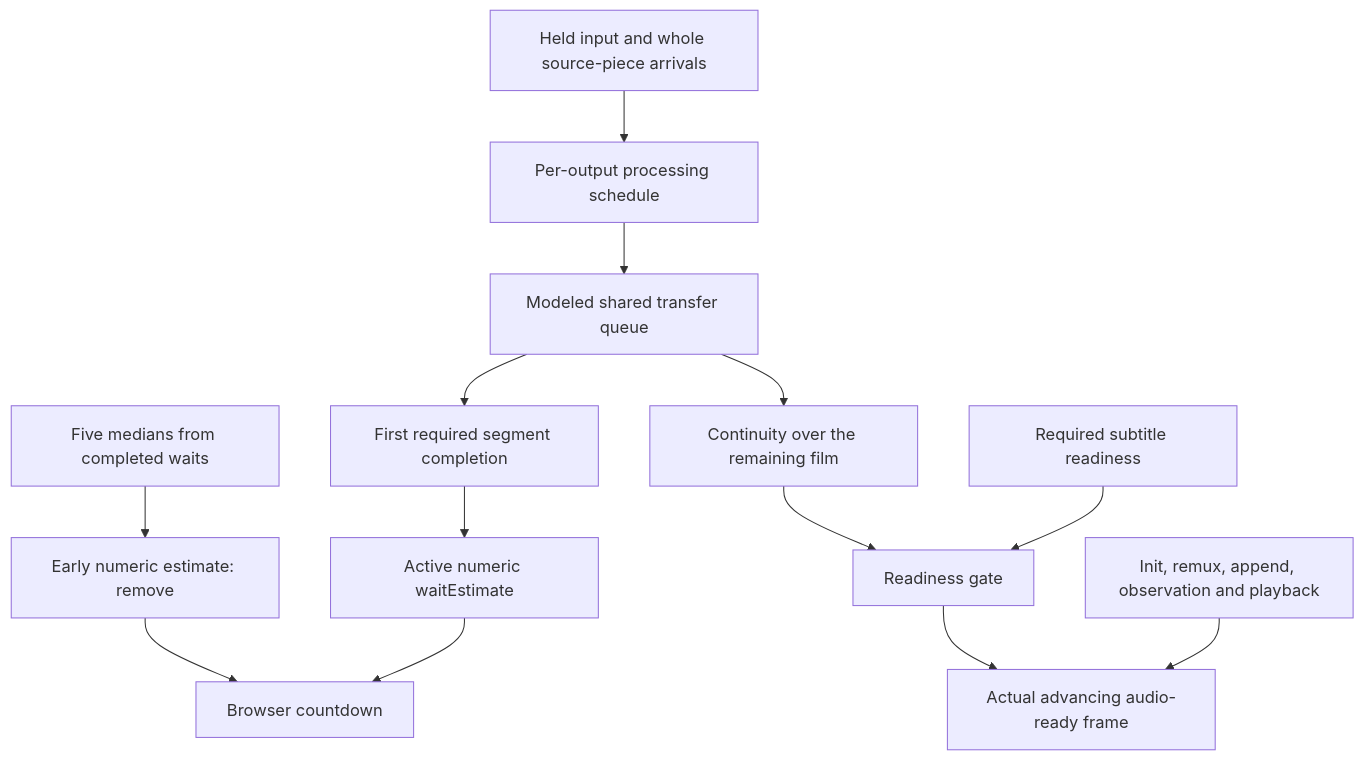
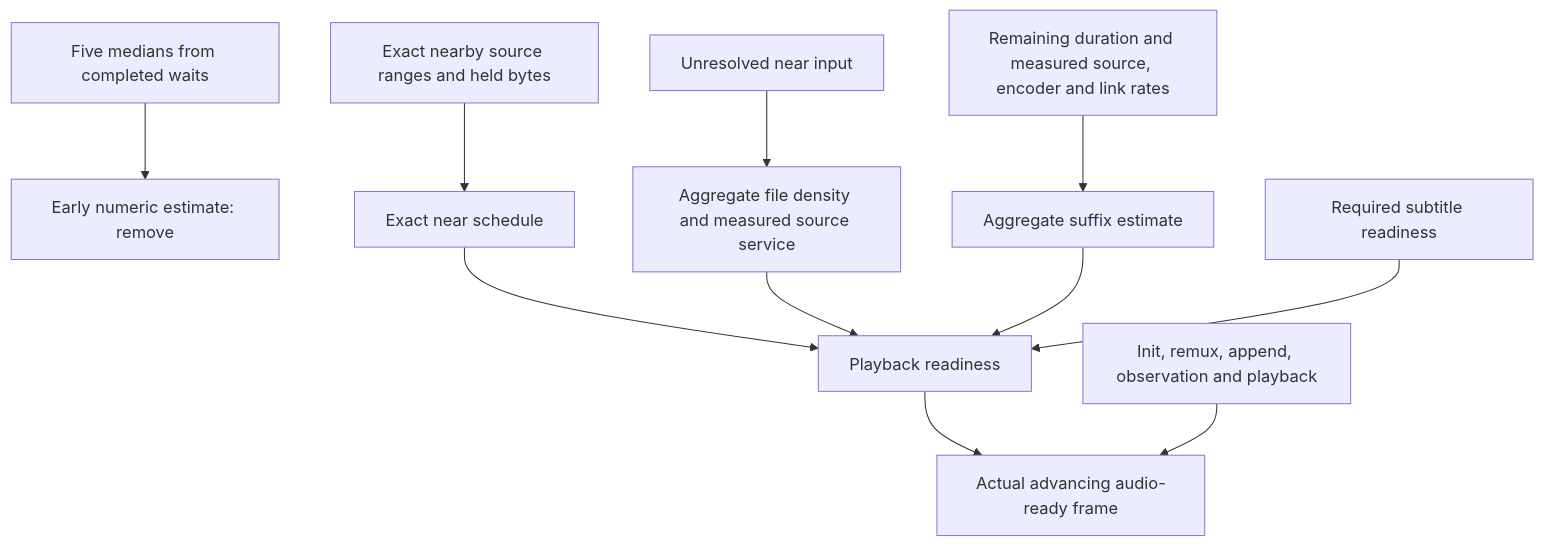
Before and after one commit to torrent-tv/proxy: the diagram in docs/playback-start-forecast.md, drawn with Mermaid. The commit also changed other lines of this file and 5 other files, not shown here.

Commit message:
fix(viewer): estimate unresolved source work #ttv-245

````diff
--- a/docs/playback-start-forecast.md
+++ b/docs/playback-start-forecast.md
@@ -39,15 +32,13 @@
 ```mermaid
 flowchart TD
   History["Five medians from completed waits"] --> Early["Early numeric estimate: remove"]
-  Input["Held input and whole source-piece arrivals"] --> Processing["Per-output processing schedule"]
-  Processing --> Delivery["Modeled shared transfer queue"]
-  Delivery --> First["First required segment completion"]
-  First --> Active["Active numeric waitEstimate"]
-  Early --> Display["Browser countdown"]
-  Active --> Display
-  Delivery --> Continuity["Continuity over the remaining film"]
-  Continuity --> Gate["Readiness gate"]
+  Input["Exact nearby source ranges and held bytes"] --> Near["Exact near schedule"]
+  Missing["Unresolved near input"] --> Estimate["Aggregate file density and measured source service"]
+  Near --> Gate["Playback readiness"]
+  Estimate --> Gate
+  Aggregate["Remaining duration and measured source, encoder and link rates"] --> Suffix["Aggregate suffix estimate"]
+  Suffix --> Gate
   Subtitle["Required subtitle readiness"] --> Gate
   Gate --> Frame["Actual advancing audio-ready frame"]
   Browser["Init, remux, append, observation and playback"] --> Frame
 ```
````
